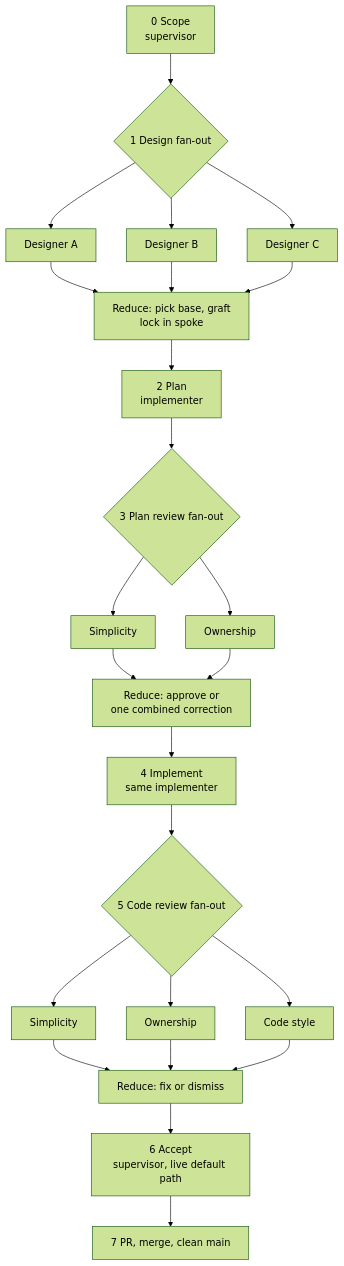
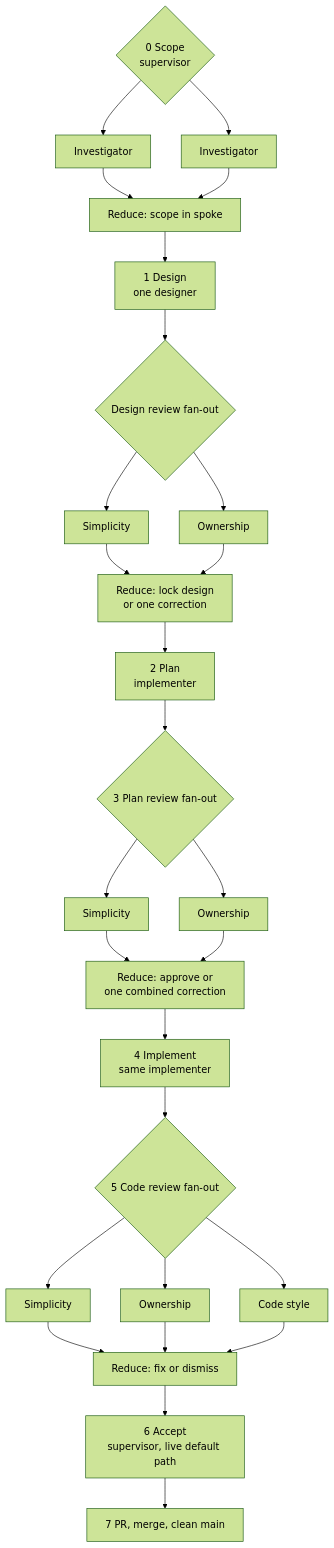
One commit to katasec/mission-control-language changed the diagram in docs/design/supervisor-workflow.md. Above: the diagram before and after it, drawn with Mermaid (forest theme). The commit also changed other lines of this file and 5 other files, not shown here.

Commit message:
docs: fan out checks, not authors — one designer, parallel investigators and reviewers

````diff
--- a/docs/design/supervisor-workflow.md
+++ b/docs/design/supervisor-workflow.md
@@ -10,21 +11,24 @@
 ```mermaid
 flowchart TD
-    S0[0 Scope<br/>supervisor] --> D{1 Design fan-out}
-    D --> DA[Designer A]
-    D --> DB[Designer B]
-    D --> DC[Designer C]
-    DA & DB & DC --> R1[Reduce: pick base, graft<br/>lock in spoke]
+    S0{0 Scope<br/>supervisor} --> IA[Investigator]
+    S0 --> IB[Investigator]
+    IA & IB --> R0[Reduce: scope in spoke]
+    R0 --> D[1 Design<br/>one designer]
+    D --> DR{Design review fan-out}
+    DR --> DS[Simplicity]
+    DR --> DO[Ownership]
+    DS & DO --> R1[Reduce: lock design<br/>or one correction]
     R1 --> P[2 Plan<br/>implementer]
     P --> PR{3 Plan review fan-out}
     PR --> PS[Simplicity]
     PR --> PO[Ownership]
     PS & PO --> R2[Reduce: approve or<br/>one combined correction]
     R2 --> I[4 Implement<br/>same implementer]
     I --> CR{5 Code review fan-out}
     CR --> CS[Simplicity]
     CR --> CO[Ownership]
     CR --> CY[Code style]
     CS & CO & CY --> R3[Reduce: fix or dismiss]
     R3 --> A[6 Accept<br/>supervisor, live default path]
     A --> M[7 PR, merge, clean main]
 ```
````
